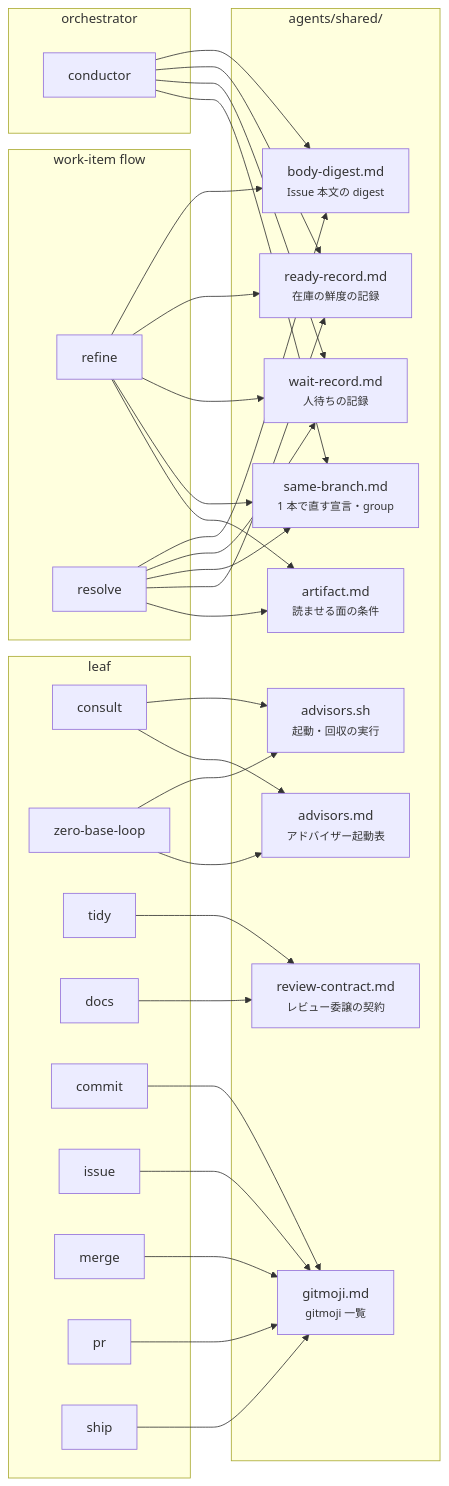
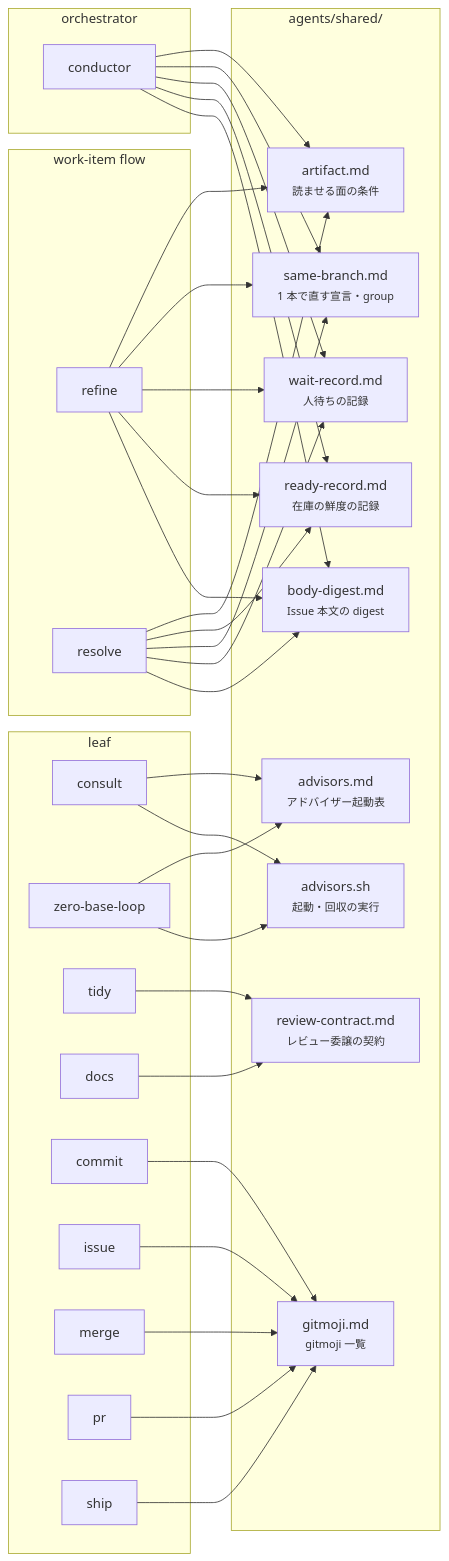
One commit to usagizmo/agentfiles changed the third of 3 diagrams in agents/docs/structure.md. Above: the diagram before and after it, drawn with Mermaid. The commit also changed 10 other files, not shown here.

````diff
--- a/agents/docs/structure.md
+++ b/agents/docs/structure.md
@@ -79,58 +79,59 @@
 ```mermaid
 flowchart LR
     subgraph orch["orchestrator"]
         CO[conductor]
     end
     subgraph flow["work-item flow"]
         RF[refine]
         RS[resolve]
     end
     subgraph leaf["leaf"]
         CS[consult]
         ZB[zero-base-loop]
         TD[tidy]
         DC[docs]
         CM[commit]
         IS[issue]
         ME[merge]
         PR[pr]
         SH[ship]
     end
     subgraph shared["agents/shared/"]
         SB["same-branch.md<br/><small>1 本で直す宣言・group</small>"]
         WR["wait-record.md<br/><small>人待ちの記録</small>"]
         RR["ready-record.md<br/><small>在庫の鮮度の記録</small>"]
         BD["body-digest.md<br/><small>Issue 本文の digest</small>"]
         RC["review-contract.md<br/><small>レビュー委譲の契約</small>"]
         AF["artifact.md<br/><small>読ませる面の条件</small>"]
         AD["advisors.md<br/><small>アドバイザー起動表</small>"]
         AS["advisors.sh<br/><small>起動・回収の実行</small>"]
         GM["gitmoji.md<br/><small>gitmoji 一覧</small>"]
     end
 
     RF --> AF
     RS --> AF
+    CO --> AF
     CO --> SB
     CO --> WR
     CO --> RR
     CO --> BD
     RF --> SB
     RF --> WR
     RF --> RR
     RS --> RR
     ME --> GM
     RF --> BD
     RS --> SB
     RS --> WR
     RS --> BD
     CS --> AD
     CS --> AS
     ZB --> AD
     ZB --> AS
     TD --> RC
     DC --> RC
     CM --> GM
     IS --> GM
     PR --> GM
     SH --> GM
 ```
````
